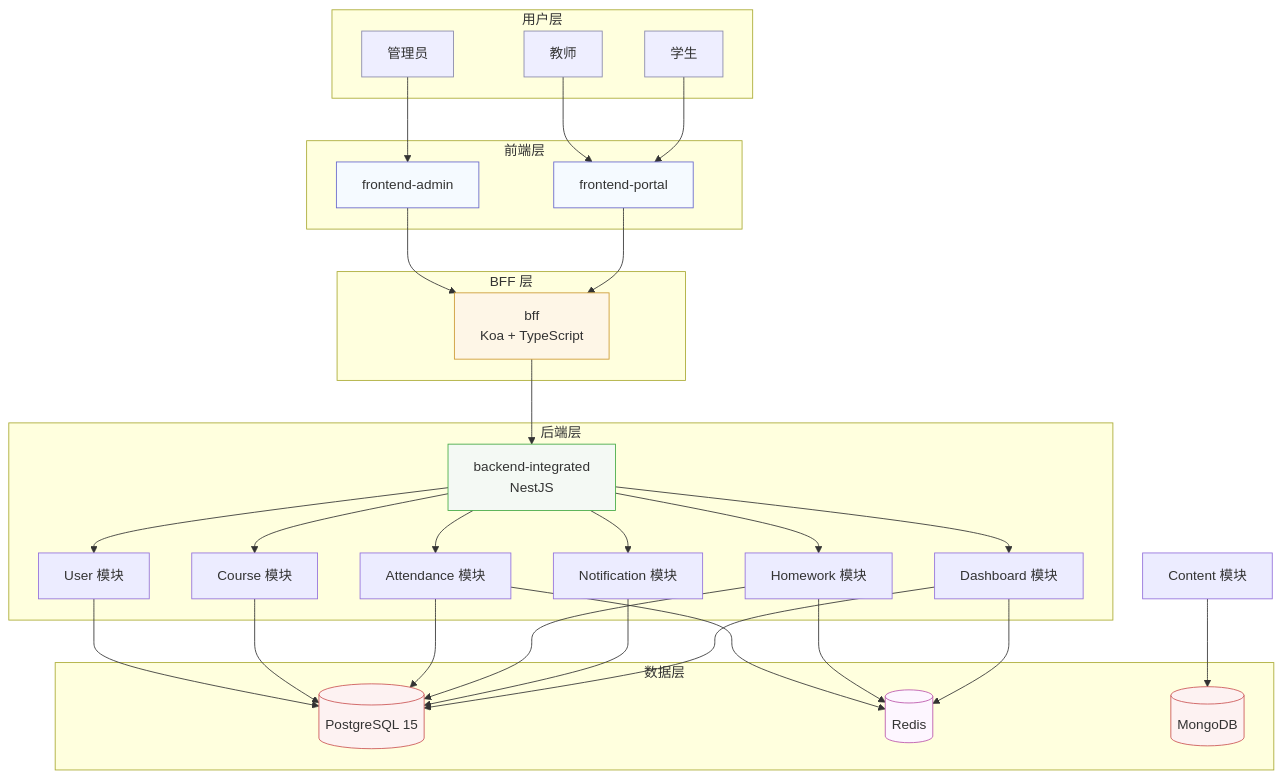
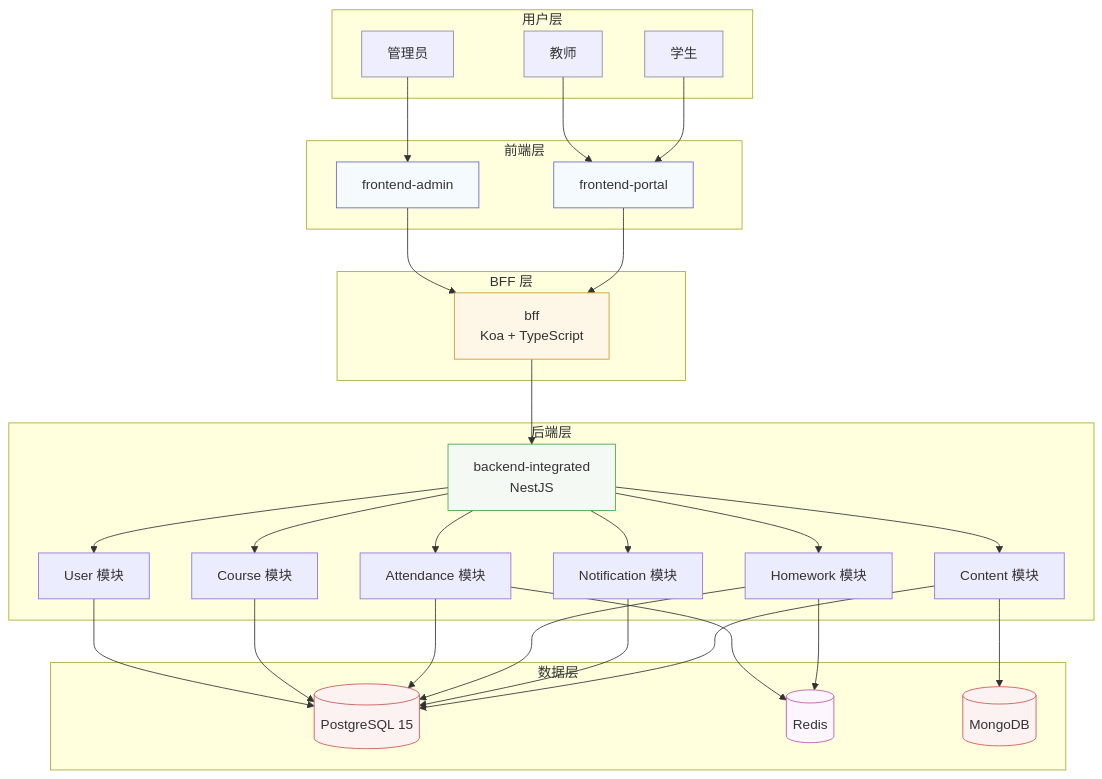
Before and after one commit to LZStarV/CSISP: the first of 4 diagrams in docs/src/backend/backend-integrated 后端设计文档.md, drawn with Mermaid. The commit also changed other lines of this file and 65 other files, not shown here.

````diff
--- a/docs/src/backend/backend-integrated 后端设计文档.md
+++ b/docs/src/backend/backend-integrated 后端设计文档.md
@@ -58,55 +58,55 @@
 ```mermaid
 graph TB
   subgraph 用户层
     Admin[管理员]:::user
     Teacher[教师]:::user
     Student[学生]:::user
   end
 
   subgraph 前端层
     FEAdmin[frontend-admin]:::fe
     FEPortal[frontend-portal]:::fe
   end
 
   subgraph BFF 层
     BFF[bff
 Koa + TypeScript]:::bff
   end
 
   subgraph 后端层
     BE[backend-integrated
 NestJS]:::be
     BEUser[User 模块]
     BECourse[Course 模块]
     BEAtt[Attendance 模块]
     BEHw[Homework 模块]
     BENotify[Notification 模块]
-    BEDash[Dashboard 模块]
+    BEContent[Content 模块]
   end
 
   subgraph 数据层
     PG[(PostgreSQL 15)]:::db
     RDS[(Redis)]:::redis
     MG[(MongoDB)]:::db
   end
 
   Admin --> FEAdmin
   Teacher --> FEPortal
   Student --> FEPortal
 
   FEAdmin --> BFF
   FEPortal --> BFF
   BFF --> BE
 
-  BE --> BEUser & BECourse & BEAtt & BEHw & BENotify & BEDash
-  BEUser & BECourse & BEAtt & BEHw & BENotify & BEDash --> PG
-  BEAtt & BEHw & BEDash --> RDS
-  BEContent[Content 模块] --> MG
+  BE --> BEUser & BECourse & BEAtt & BEHw & BENotify & BEContent
+  BEUser & BECourse & BEAtt & BEHw & BENotify & BEContent --> PG
+  BEAtt & BEHw --> RDS
+  BEContent --> MG
 
   classDef user fill:#eef,stroke:#88a
   classDef fe fill:#f5faff,stroke:#66c
   classDef bff fill:#fef6e7,stroke:#c93
   classDef be fill:#f4f9f4,stroke:#4a4
   classDef db fill:#fdf2f2,stroke:#c55
   classDef redis fill:#fdf6ff,stroke:#b5a
 ```
````
